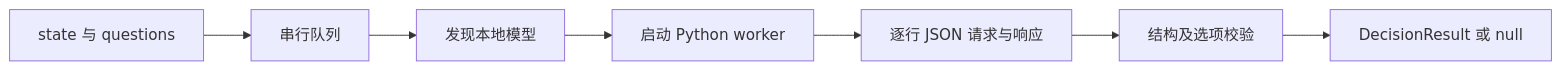
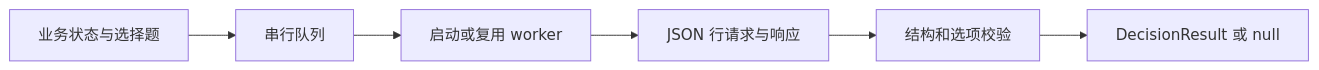
The diagram in .repo-review/knowledge/articles/4d23c4a1830478933957d66969aaf28a442c49977f472befe22a793460f82cf2.md (lejunyang/omem), drawn with Mermaid before and after one commit. The commit also changed other lines of this file and 1 other file, not shown here.

Commit message:
refresh native decision service note after independent Sol review

````diff
--- a/.repo-review/knowledge/articles/4d23c4a1830478933957d66969aaf28a442c49977f472befe22a793460f82cf2.md
+++ b/.repo-review/knowledge/articles/4d23c4a1830478933957d66969aaf28a442c49977f472befe22a793460f82cf2.md
@@ -19,9 +17,8 @@
 ```mermaid
 flowchart LR
-  A[state 与 questions] --> B[串行队列]
-  B --> C[发现本地模型]
-  C --> D[启动 Python worker]
-  D --> E[逐行 JSON 请求与响应]
-  E --> F[结构及选项校验]
-  F --> G[DecisionResult 或 null]
+  A[业务状态与选择题] --> B[串行队列]
+  B --> C[启动或复用 worker]
+  C --> D[JSON 行请求与响应]
+  D --> E[结构和选项校验]
+  E --> F[DecisionResult 或 null]
 ```
````
